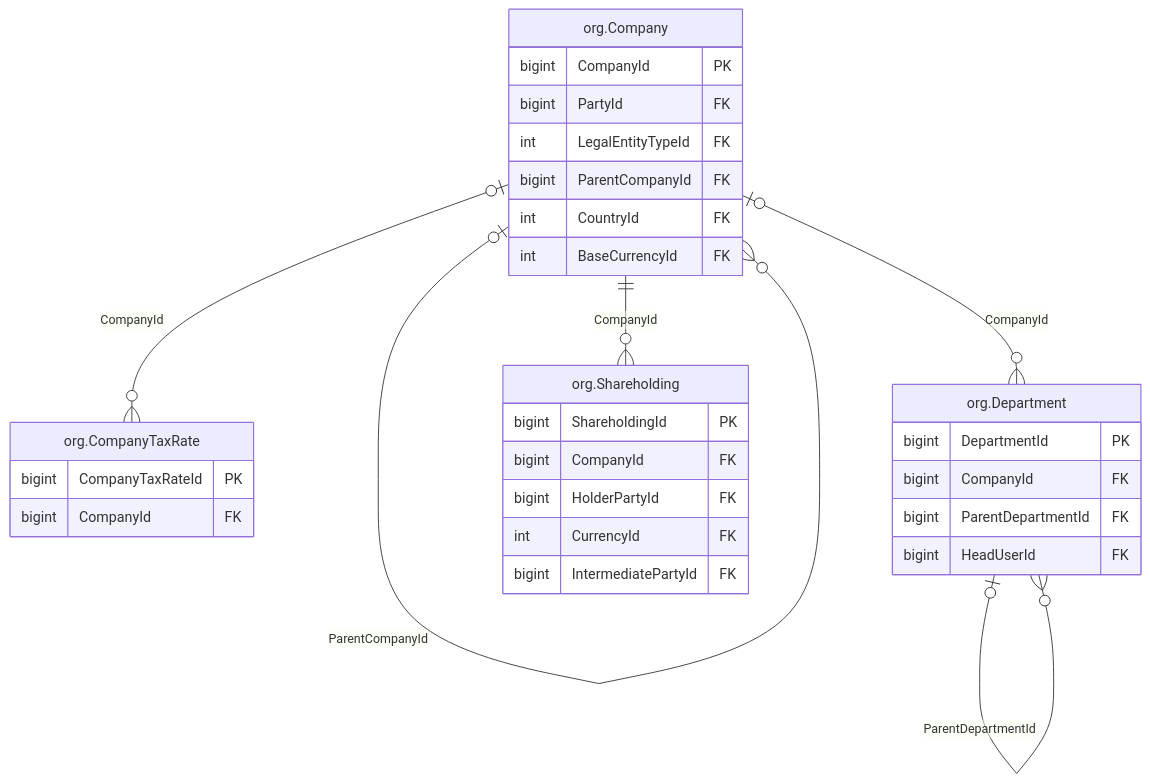
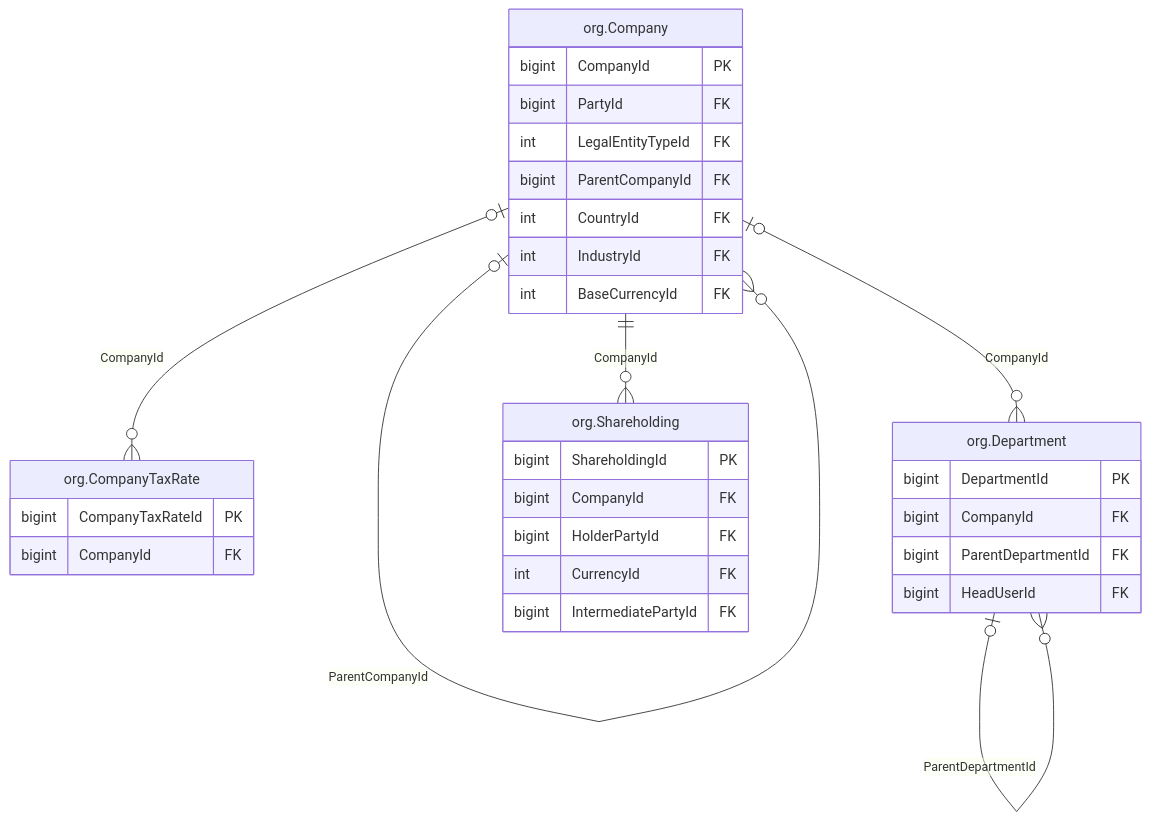
One commit to thawrasy/smartlines changed the diagram in treasury-platform/docs/diagrams/erd/m1_company_1.mmd. Above: the diagram before and after it, drawn with Mermaid. The commit also changed 201 other files, not shown here.

```diff
--- a/treasury-platform/docs/diagrams/erd/m1_company_1.mmd
+++ b/treasury-platform/docs/diagrams/erd/m1_company_1.mmd
@@ -1,32 +1,33 @@
 %% م1 · الشركات والحوكمة (1/2) — Company structure & governance
 erDiagram
   org_Company["org.Company"] {
     bigint CompanyId PK
     bigint PartyId FK
     int LegalEntityTypeId FK
     bigint ParentCompanyId FK
     int CountryId FK
+    int IndustryId FK
     int BaseCurrencyId FK
   }
   org_CompanyTaxRate["org.CompanyTaxRate"] {
     bigint CompanyTaxRateId PK
     bigint CompanyId FK
   }
   org_Department["org.Department"] {
     bigint DepartmentId PK
     bigint CompanyId FK
     bigint ParentDepartmentId FK
     bigint HeadUserId FK
   }
   org_Shareholding["org.Shareholding"] {
     bigint ShareholdingId PK
     bigint CompanyId FK
     bigint HolderPartyId FK
     int CurrencyId FK
     bigint IntermediatePartyId FK
   }
   org_Company |o--o{ org_Company : "ParentCompanyId"
   org_Company |o--o{ org_CompanyTaxRate : "CompanyId"
   org_Company |o--o{ org_Department : "CompanyId"
   org_Company ||--o{ org_Shareholding : "CompanyId"
   org_Department |o--o{ org_Department : "ParentDepartmentId"
```
